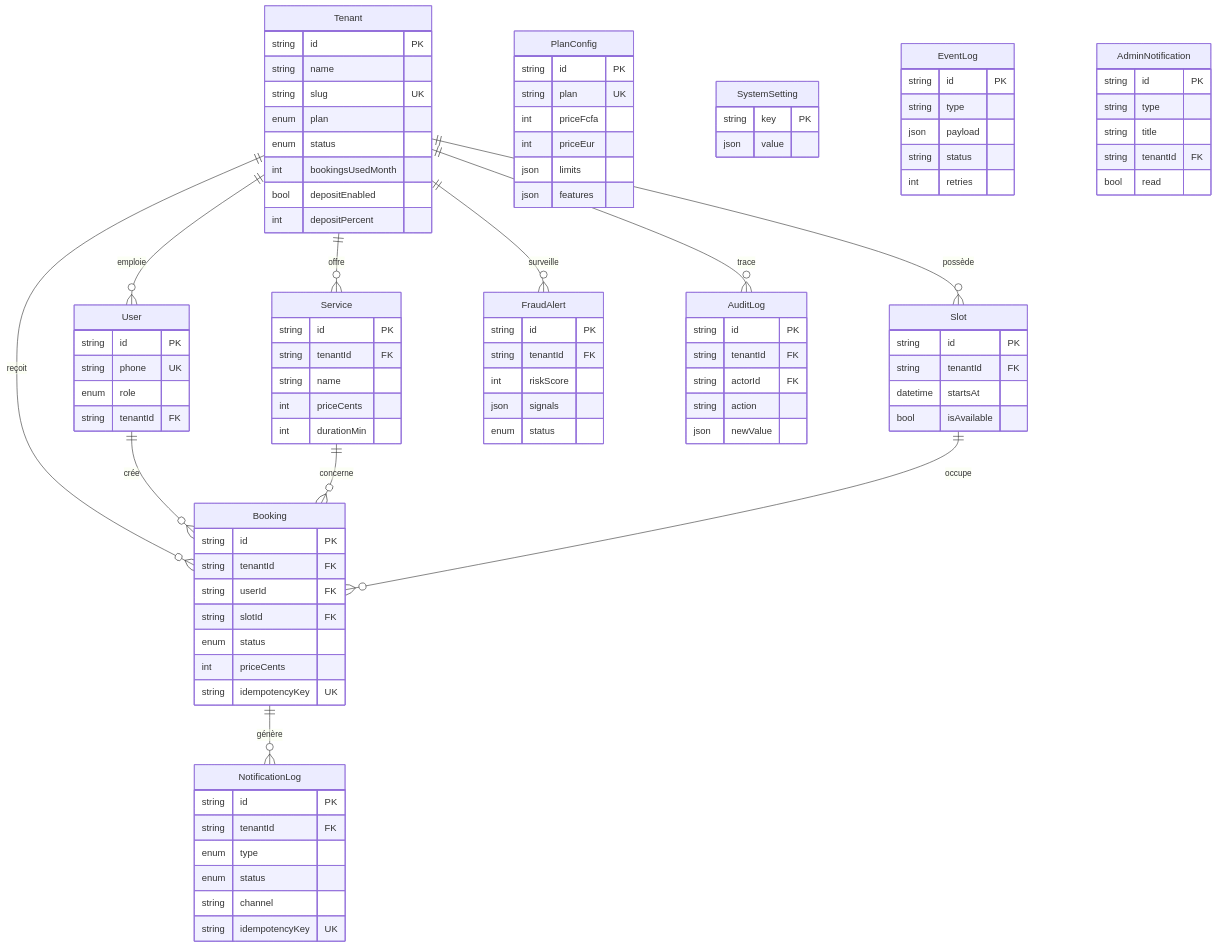
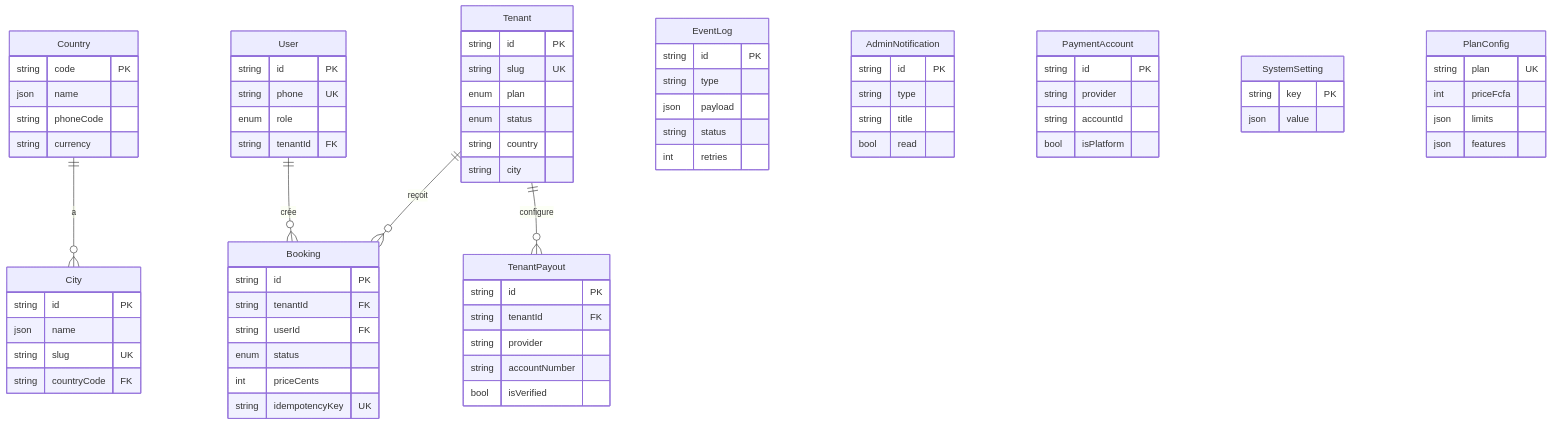
Before and after one commit to Ahmesgroup/belo: the third of 6 diagrams in DOCUMENTATION.md, drawn with Mermaid. The commit also changed other lines of this file, not shown here.

Commit message:
docs: full documentation update — i18n routing, geo dataset, cookie consent, city SEO, payment model, bug fix notes

````diff
--- a/DOCUMENTATION.md
+++ b/DOCUMENTATION.md
@@ -325,14 +283,24 @@
 ```mermaid
 erDiagram
+    Country {
+        string code PK
+        json   name
+        string phoneCode
+        string currency
+    }
+    City {
+        string id PK
+        json   name
+        string slug UK
+        string countryCode FK
+    }
     Tenant {
         string id PK
-        string name
         string slug UK
         enum   plan
         enum   status
-        int    bookingsUsedMonth
-        bool   depositEnabled
-        int    depositPercent
+        string country
+        string city
     }
     User {
         string id PK
@@ -340,61 +308,13 @@
         enum   role
         string tenantId FK
     }
-    Service {
-        string id PK
-        string tenantId FK
-        string name
-        int    priceCents
-        int    durationMin
-    }
-    Slot {
-        string   id PK
-        string   tenantId FK
-        datetime startsAt
-        bool     isAvailable
-    }
     Booking {
         string id PK
         string tenantId FK
         string userId FK
-        string slotId FK
         enum   status
         int    priceCents
         string idempotencyKey UK
-    }
-    NotificationLog {
-        string id PK
-        string tenantId FK
-        enum   type
-        enum   status
-        string channel
-        string idempotencyKey UK
-    }
-    FraudAlert {
-        string id PK
-        string tenantId FK
-        int    riskScore
-        json   signals
-        enum   status
-    }
-    AuditLog {
-        string id PK
-        string tenantId FK
-        string actorId FK
-        string action
-        json   newValue
-    }
-    PlanConfig {
-        string id PK
-        string plan UK
-        int    priceFcfa
-        int    priceEur
-        json   limits
-        json   features
-    }
-    SystemSetting {
-        string key PK
-        json   value
     }
     EventLog {
         string id PK
@@ -407,18 +327,34 @@
         string id PK
         string type
         string title
-        string tenantId FK
         bool   read
     }
+    PaymentAccount {
+        string id PK
+        string provider
+        string accountId
+        bool   isPlatform
+    }
+    TenantPayout {
+        string id PK
+        string tenantId FK
+        string provider
+        string accountNumber
+        bool   isVerified
+    }
+    SystemSetting {
+        string key PK
+        json   value
+    }
+    PlanConfig {
+        string plan UK
+        int    priceFcfa
+        json   limits
+        json   features
+    }
 
-    Tenant ||--o{ User : "emploie"
-    Tenant ||--o{ Service : "offre"
-    Tenant ||--o{ Slot : "possède"
-    Tenant ||--o{ Booking : "reçoit"
-    Tenant ||--o{ FraudAlert : "surveille"
-    Tenant ||--o{ AuditLog : "trace"
-    User   ||--o{ Booking : "crée"
-    Service||--o{ Booking : "concerne"
-    Slot   ||--o{ Booking : "occupe"
-    Booking||--o{ NotificationLog : "génère"
+    Country ||--o{ City : "a"
+    Tenant  ||--o{ Booking : "reçoit"
+    Tenant  ||--o{ TenantPayout : "configure"
+    User    ||--o{ Booking : "crée"
 ```
````
